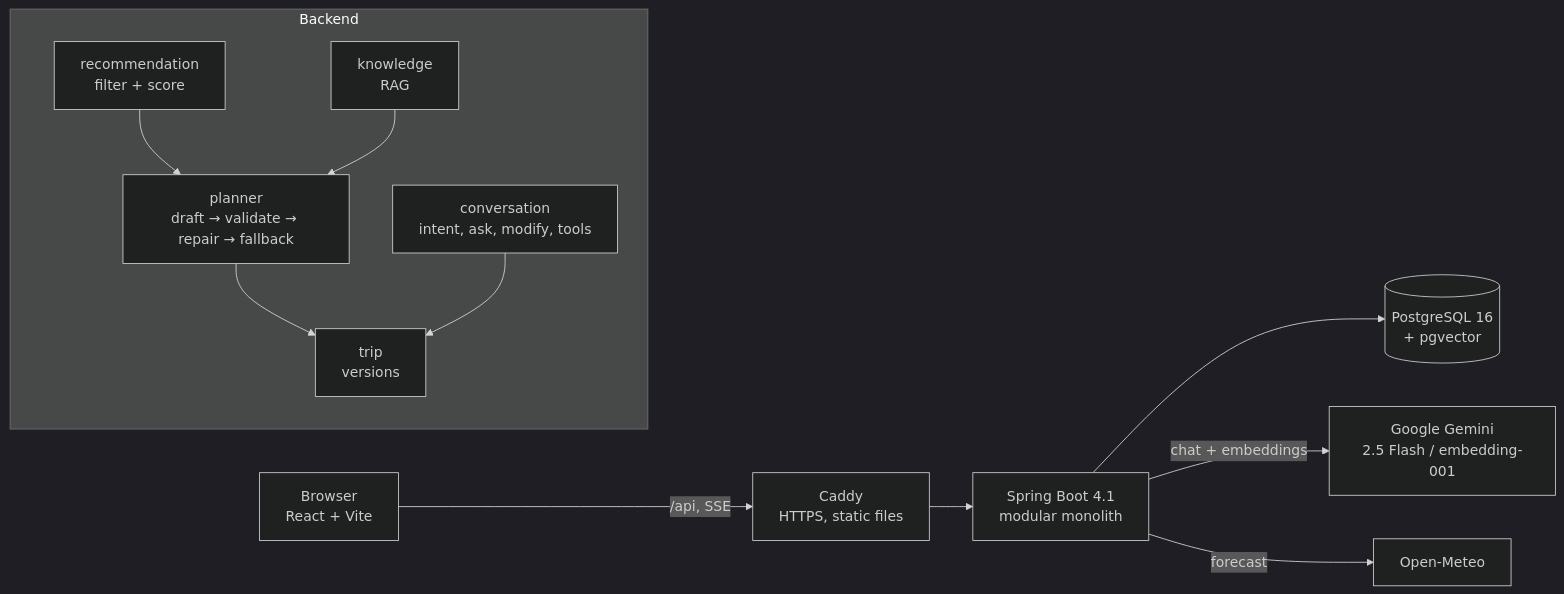
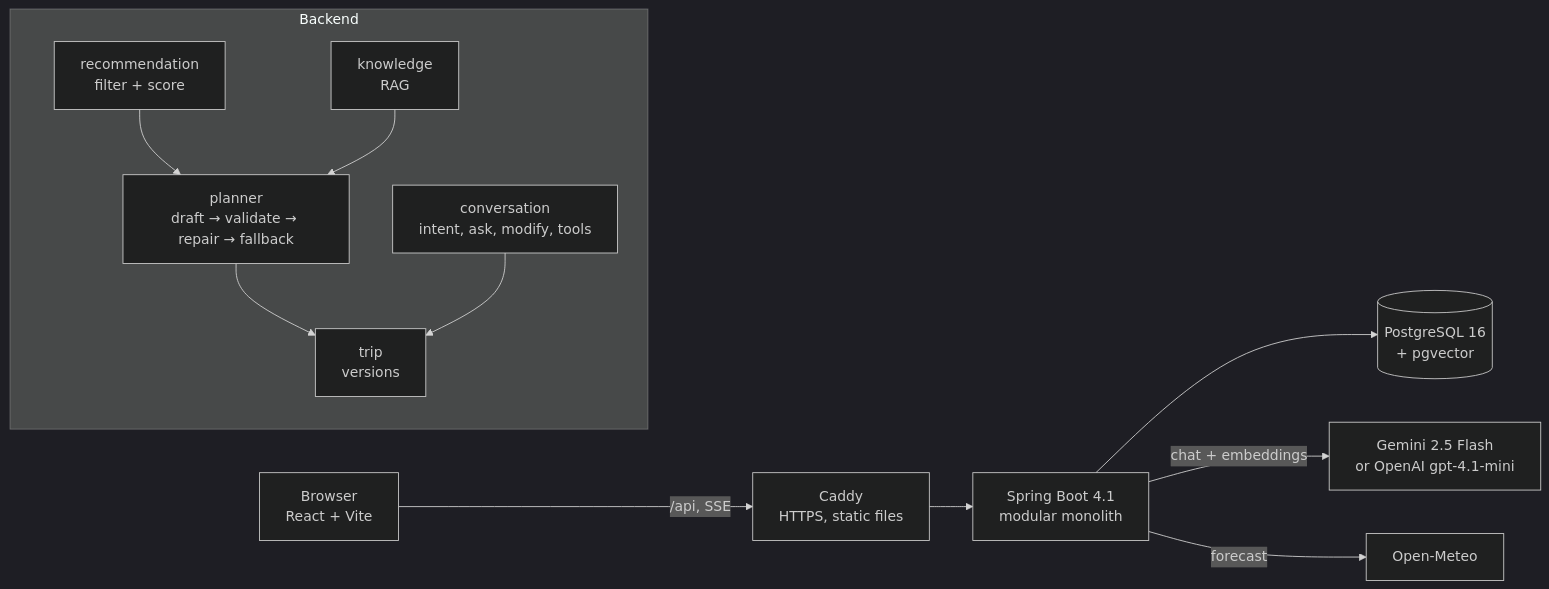
One commit to test1938/travel-ai changed the diagram in README.md. Above: the diagram before and after it, drawn with Mermaid (dark theme). The commit also changed other lines of this file and 27 other files, not shown here.

First line of the commit message:
feat(ADR-011): switch between Gemini and OpenAI with AI_PROVIDER

````diff
--- a/README.md
+++ b/README.md
@@ -26,15 +26,15 @@
 ```mermaid
 flowchart LR
     U[Browser<br/>React + Vite] -->|/api, SSE| C[Caddy<br/>HTTPS, static files]
     C --> B[Spring Boot 4.1<br/>modular monolith]
     B --> P[(PostgreSQL 16<br/>+ pgvector)]
-    B -->|chat + embeddings| G[Google Gemini<br/>2.5 Flash / embedding-001]
+    B -->|chat + embeddings| G[Gemini 2.5 Flash<br/>or OpenAI gpt-4.1-mini]
     B -->|forecast| W[Open-Meteo]
     subgraph Backend
       direction TB
       R[recommendation<br/>filter + score] --> PL[planner<br/>draft → validate → repair → fallback]
       K[knowledge<br/>RAG] --> PL
       PL --> T[trip<br/>versions]
       CH[conversation<br/>intent, ask, modify, tools] --> T
     end
 ```
````
